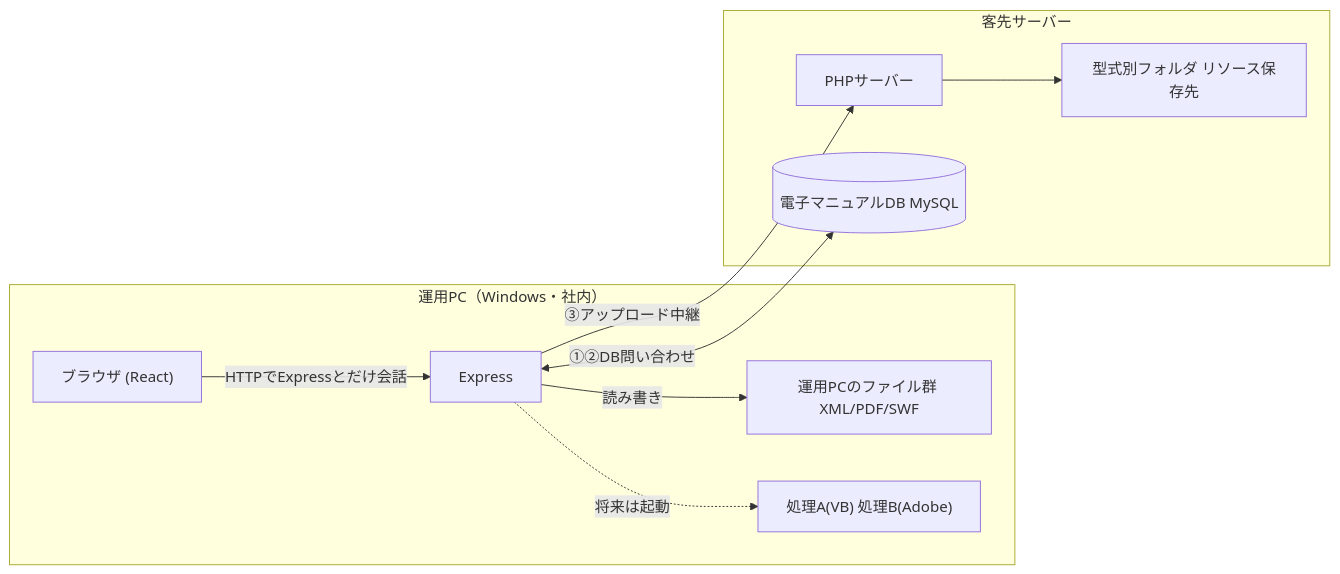
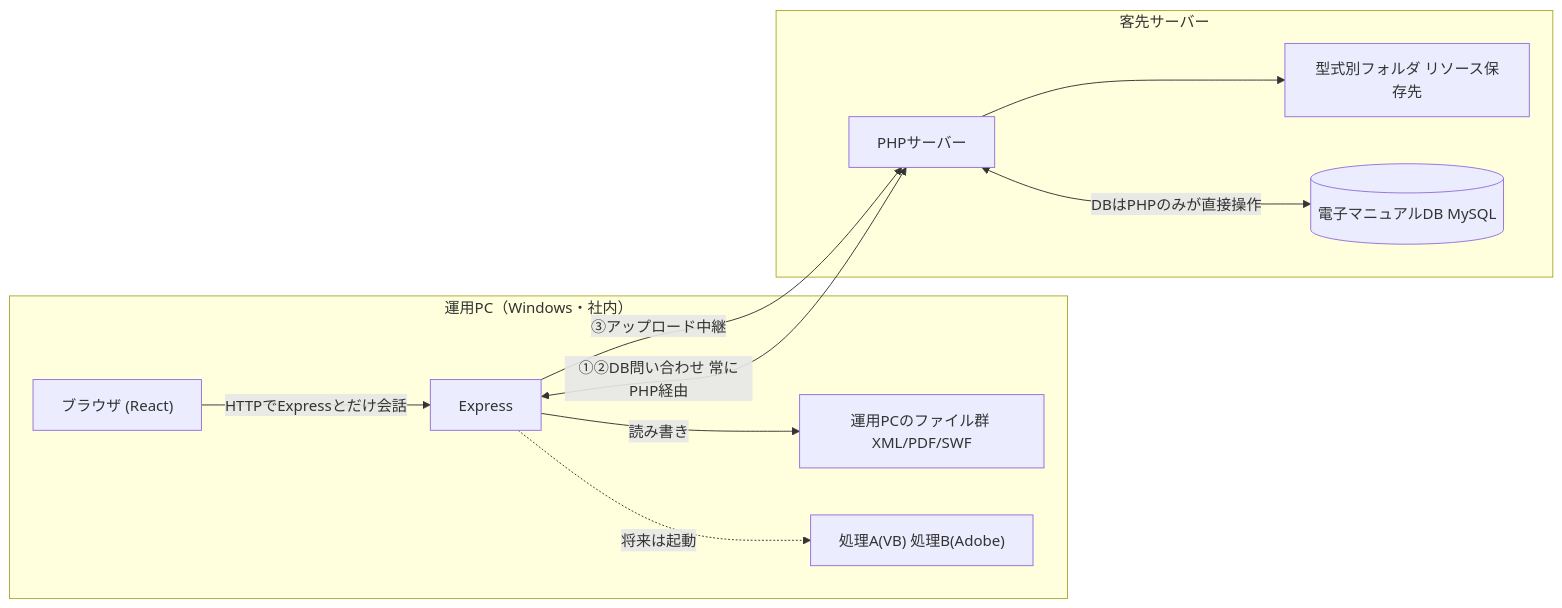
The first of 5 diagrams in docs/システム全体図.md (katsya1117/dmt), drawn with Mermaid before and after one commit. The commit also changed other lines of this file and 11 other files, not shown here.

````diff
--- a/docs/システム全体図.md
+++ b/docs/システム全体図.md
@@ -13,20 +13,21 @@
 ```mermaid
 flowchart LR
   subgraph PC["運用PC（Windows・社内）"]
     React["ブラウザ (React)"]
     Express["Express"]
     Files["運用PCのファイル群 XML/PDF/SWF"]
     Proc["処理A(VB) 処理B(Adobe)"]
     React -->|HTTPでExpressとだけ会話| Express
     Express -->|読み書き| Files
     Express -.->|将来は起動| Proc
   end
   subgraph Kyaku["客先サーバー"]
     PHP["PHPサーバー"]
     Folders["型式別フォルダ リソース保存先"]
     MainDB[("電子マニュアルDB MySQL")]
     PHP --> Folders
+    PHP <-->|DBはPHPのみが直接操作| MainDB
   end
   Express -->|③アップロード中継| PHP
-  Express <-->|①②DB問い合わせ| MainDB
+  Express <-->|①②DB問い合わせ 常にPHP経由| PHP
 ```
````
